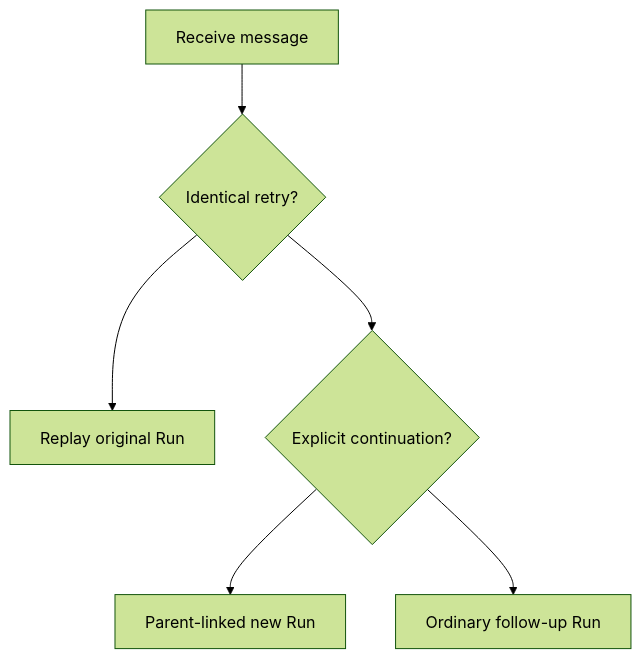
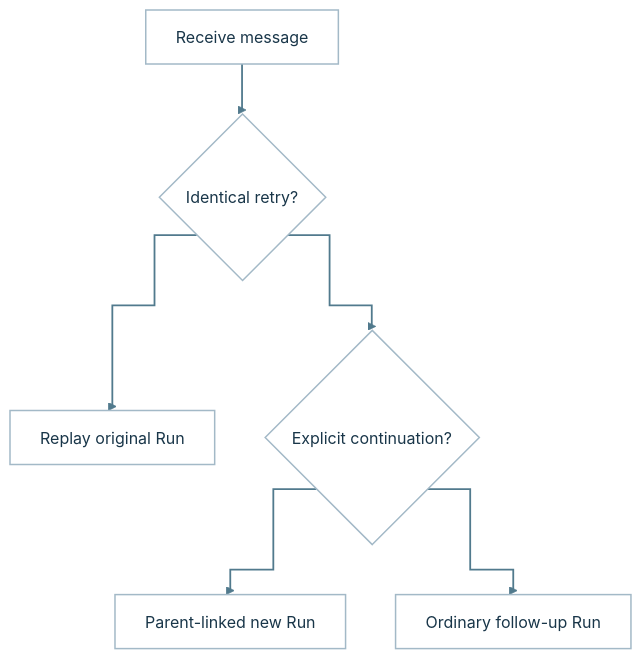
One commit to hpoenixf/eff-agent-article changed diagram 12 of 16 in en/articles/017-prompt-to-answer-six-layer-panorama.md. Above: the diagram before and after it, drawn with Mermaid (forest theme). The commit also changed other lines of this file, not shown here.

Commit message:
docs: keep English orthogonal SVG and diagrams in parity

````diff
--- a/en/articles/017-prompt-to-answer-six-layer-panorama.md
+++ b/en/articles/017-prompt-to-answer-six-layer-panorama.md
@@ -391,14 +407,17 @@
 ```mermaid
+%%{init: {"flowchart": {"curve": "step"}}}%%
 flowchart TD
     A["Receive message"]
     B{"Identical retry?"}
     C["Replay original Run"]
     D{"Explicit continuation?"}
     E["Parent-linked new Run"]
     F["Ordinary follow-up Run"]
     A --> B
     B --> C
     B --> D
     D --> E
     D --> F
+classDef default fill:#FFFFFF,stroke:#A3B9C7,stroke-width:1.5px,color:#193649;
+linkStyle default stroke:#517A8D,stroke-width:1.8px;
 ```
````
